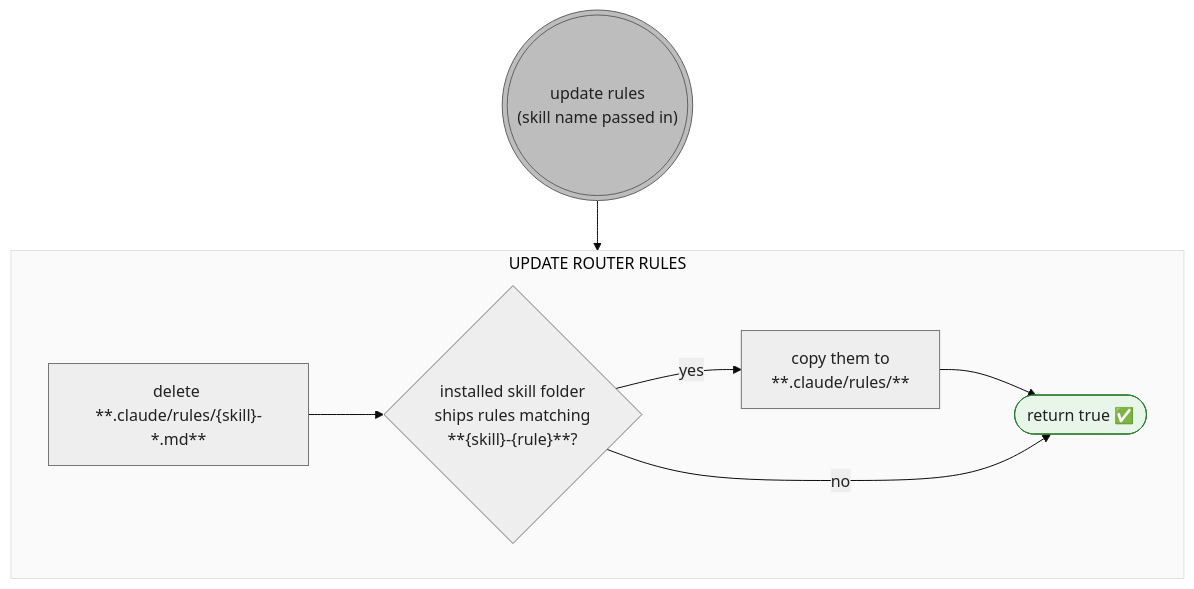
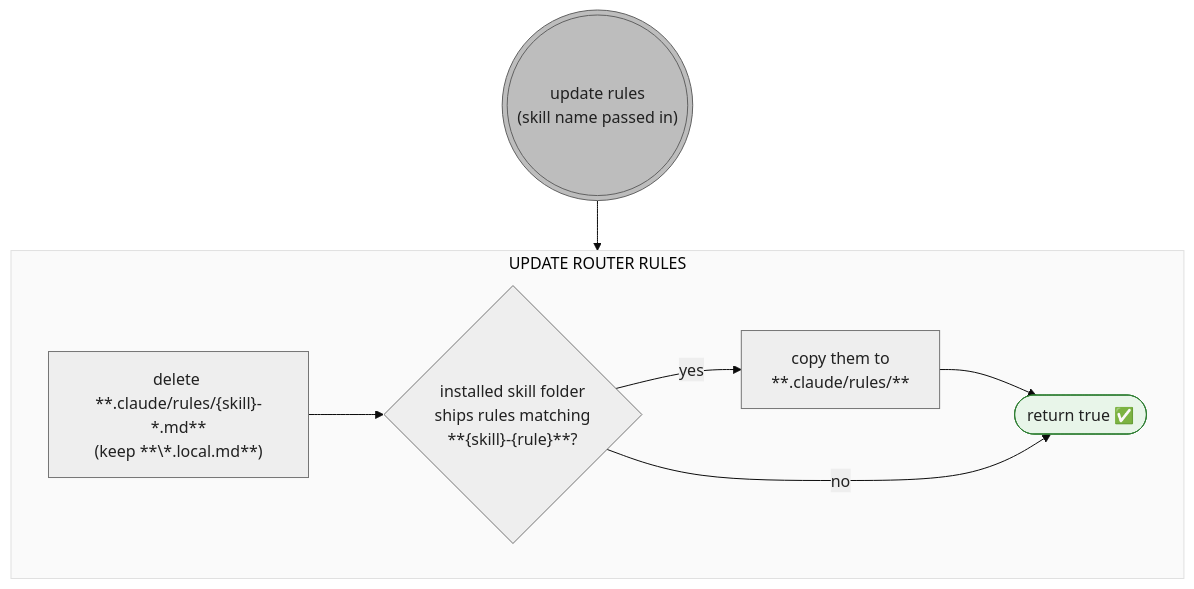
One commit to timschoch/skilly changed the diagram in docs/update-rules.mmd. Above: the diagram before and after it, drawn with Mermaid. The commit also changed 7 other files, not shown here.

First line of the commit message:
feat(workflow): preserve consumer rule overlays across syncs

```diff
--- a/docs/update-rules.mmd
+++ b/docs/update-rules.mmd
@@ -1,33 +1,34 @@
 ---
 config:
   theme: base
   themeVariables:
     primaryColor: "#eeeeee"
     primaryBorderColor: "#757575"
     primaryTextColor: "#212121"
     clusterBkg: "#fafafa"
     clusterBorder: "#e0e0e0"
 ---
 flowchart TD
     %% shapes: ((( ))) entry point · [/ \] user action (blue) · [ ] script action (gray) · { } decision (amber) · ([ ]) state (green)
-    %% convention: only files named {skill-name}-{rule-name} are ever moved. No diffing — wipe and reinstall.
+    %% convention: only files named {skill-name}-{rule-name}.md are ever moved. No diffing — wipe and reinstall.
+    %% {skill-name}-{rule-name}.local.md is the consumer's overlay (bad/good pairs under a synced rule); never touched.
 
     ENTER-RU((("update rules<br>(skill name passed in)"))) --> RU
     subgraph RU["UPDATE ROUTER RULES"]
-        RU1["delete **.claude/rules/{skill}-*.md**"] --> RUQ1
+        RU1["delete **.claude/rules/{skill}-*.md**<br>(keep **\*.local.md**)"] --> RUQ1
 
             RUQ1{"installed skill folder<br>ships rules matching<br>**{skill}-{rule}**?"}
                 RUQ1 -->|yes| RU2["copy them to<br>**.claude/rules/**"] --> RU-TRUE
                 RUQ1 -->|no| RU-TRUE
 
         RU-TRUE(["return true ✅"])
     end
 
 
     %% RUQ1 is a script check -> default gray, not amber
 
     classDef entry fill:#bdbdbd,stroke:#616161
     class ENTER-RU entry
 
     classDef ok fill:#e8f5e9,stroke:#2e7d32
     class RU-TRUE ok
```
